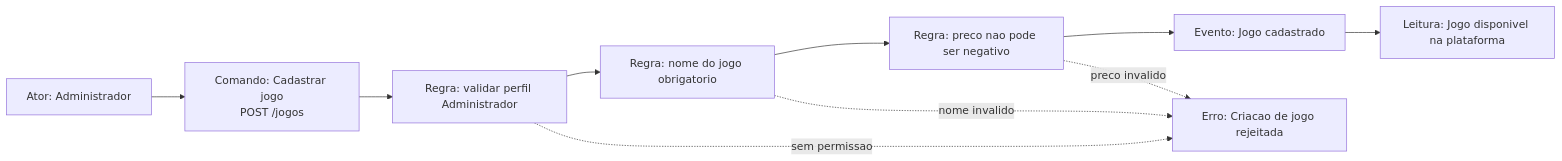
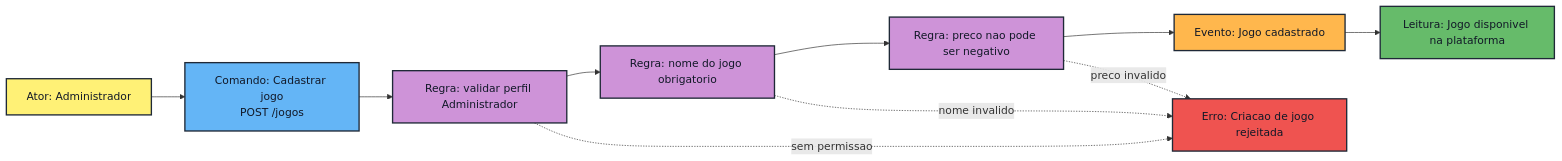
Before and after one commit to RudgeJoao/FCG-TC-PosTech: the second of 3 diagrams in docs/ddd-event-storming.md, drawn with Mermaid. The commit also changed other lines of this file, not shown here.

````diff
--- a/docs/ddd-event-storming.md
+++ b/docs/ddd-event-storming.md
@@ -64,22 +78,36 @@
 ```mermaid
 flowchart LR
+    classDef ator fill:#fff176,stroke:#1f2937,stroke-width:2px,color:#111827
+    classDef comando fill:#64b5f6,stroke:#1f2937,stroke-width:2px,color:#111827
+    classDef regra fill:#ce93d8,stroke:#1f2937,stroke-width:2px,color:#111827
+    classDef evento fill:#ffb74d,stroke:#1f2937,stroke-width:2px,color:#111827
+    classDef erro fill:#ef5350,stroke:#1f2937,stroke-width:2px,color:#111827
+    classDef leitura fill:#66bb6a,stroke:#1f2937,stroke-width:2px,color:#111827
+
     admin["Ator: Administrador"]
     comando["Comando: Cadastrar jogo\nPOST /jogos"]
     regraAuth["Regra: validar perfil Administrador"]
     regraNome["Regra: nome do jogo obrigatorio"]
     regraPreco["Regra: preco nao pode ser negativo"]
     eventoCriado["Evento: Jogo cadastrado"]
     leituraDisponivel["Leitura: Jogo disponivel na plataforma"]
     erro["Erro: Criacao de jogo rejeitada"]
 
     admin --> comando
     comando --> regraAuth
     regraAuth --> regraNome
     regraNome --> regraPreco
     regraPreco --> eventoCriado
     eventoCriado --> leituraDisponivel
 
     regraAuth -. sem permissao .-> erro
     regraNome -. nome invalido .-> erro
     regraPreco -. preco invalido .-> erro
+
+    class admin ator
+    class comando comando
+    class regraAuth,regraNome,regraPreco regra
+    class eventoCriado evento
+    class leituraDisponivel leitura
+    class erro erro
 ```
````
